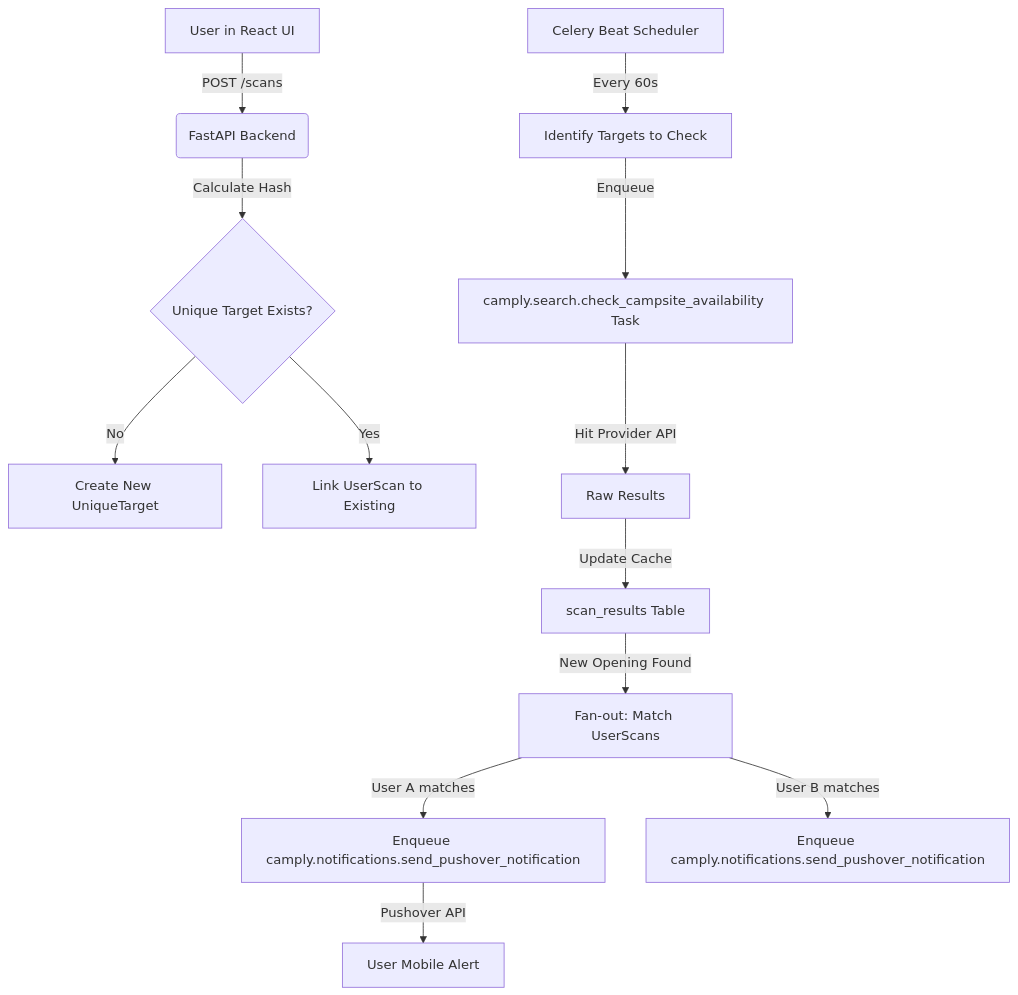
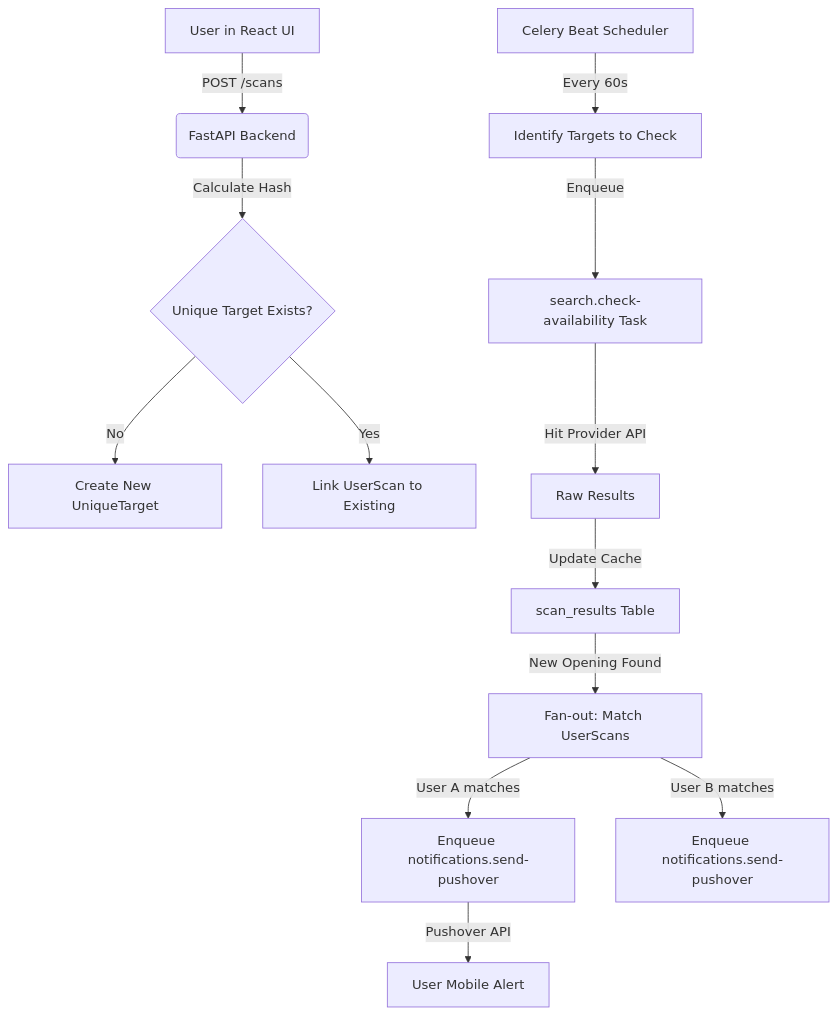
Before and after one commit to juftin/camply-web: the diagram in docs/agents/ARCHITECTURE_DEEP_DIVE.md, drawn with Mermaid. The commit also changed other lines of this file and 14 other files, not shown here.

````diff
--- a/docs/agents/ARCHITECTURE_DEEP_DIVE.md
+++ b/docs/agents/ARCHITECTURE_DEEP_DIVE.md
@@ -16,19 +16,19 @@
 ```mermaid
 graph TD
     A[User in React UI] -->|POST /scans| B(FastAPI Backend)
     B -->|Calculate Hash| C{Unique Target Exists?}
     C -->|No| D[Create New UniqueTarget]
     C -->|Yes| E[Link UserScan to Existing]
 
     F[Celery Beat Scheduler] -->|Every 60s| G[Identify Targets to Check]
-    G -->|Enqueue| H[camply.search.check_campsite_availability Task]
+    G -->|Enqueue| H[search.check-availability Task]
 
     H -->|Hit Provider API| I[Raw Results]
     I -->|Update Cache| J[scan_results Table]
 
     J -->|New Opening Found| K[Fan-out: Match UserScans]
-    K -->|User A matches| L[Enqueue camply.notifications.send_pushover_notification]
-    K -->|User B matches| M[Enqueue camply.notifications.send_pushover_notification]
+    K -->|User A matches| L[Enqueue notifications.send-pushover]
+    K -->|User B matches| M[Enqueue notifications.send-pushover]
 
     L -->|Pushover API| N[User Mobile Alert]
 ```
````
